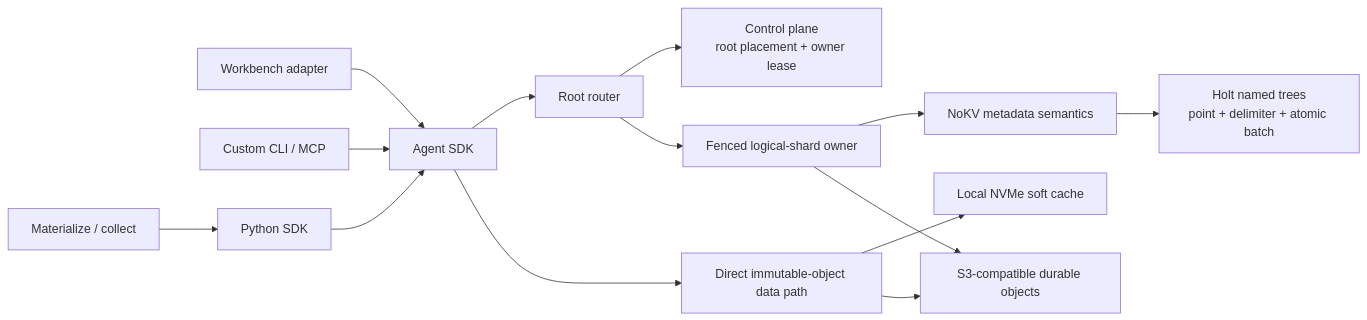
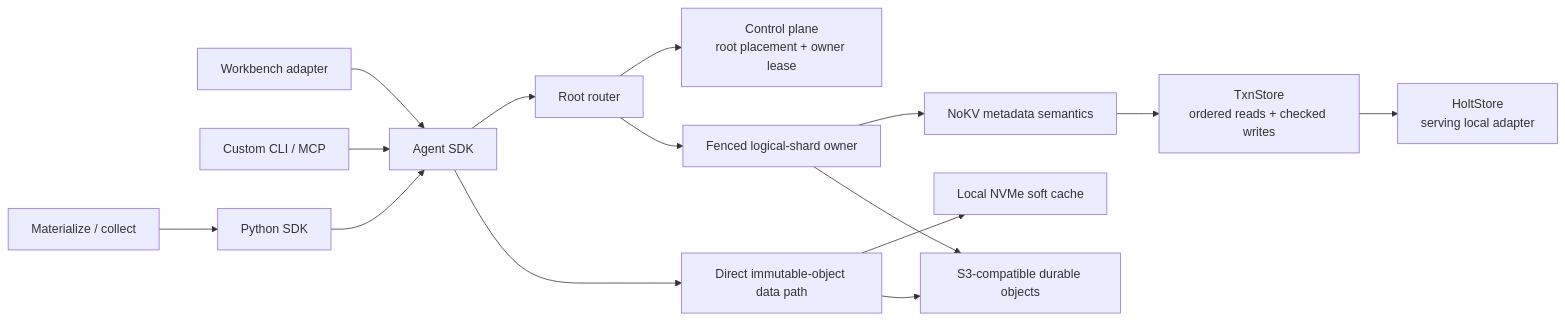
One commit to NoKV-Lab/NoKV changed the first of 5 diagrams in docs/architecture.md. Above: the diagram before and after it, drawn with Mermaid. The commit also changed other lines of this file and 55 other files, not shown here.

First line of the commit message:
refactor(meta): route workspace metadata through TxnStore

````diff
--- a/docs/architecture.md
+++ b/docs/architecture.md
@@ -12,19 +12,20 @@
 ```mermaid
 flowchart LR
     Workbench["Workbench adapter"] --> SDK["Agent SDK"]
     CLI["Custom CLI / MCP"] --> SDK
     Python["Python SDK"] --> SDK
     Local["Materialize / collect"] --> Python
 
     SDK --> Router["Root router"]
     Router --> Control["Control plane<br/>root placement + owner lease"]
     Router --> Owner["Fenced logical-shard owner"]
 
     Owner --> Meta["NoKV metadata semantics"]
-    Meta --> Holt["Holt named trees<br/>point + delimiter + atomic batch"]
+    Meta --> Store["TxnStore<br/>ordered reads + checked writes"]
+    Store --> Holt["HoltStore<br/>serving local adapter"]
 
     SDK --> Data["Direct immutable-object data path"]
     Data --> Cache["Local NVMe soft cache"]
     Data --> Object["S3-compatible durable objects"]
     Owner --> Object
 ```
````
